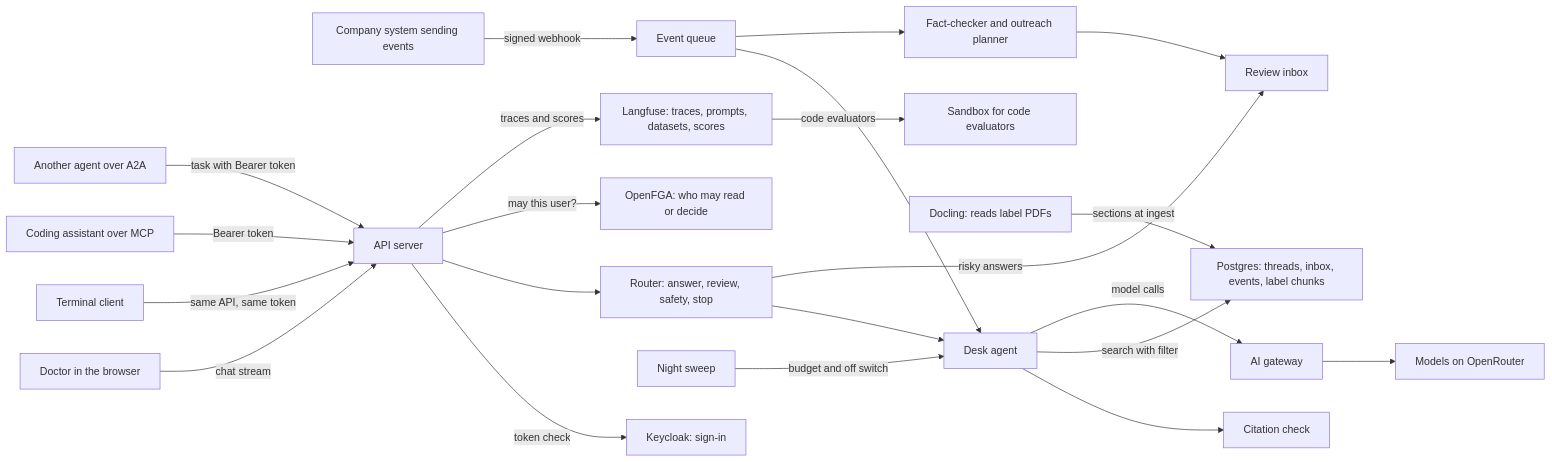
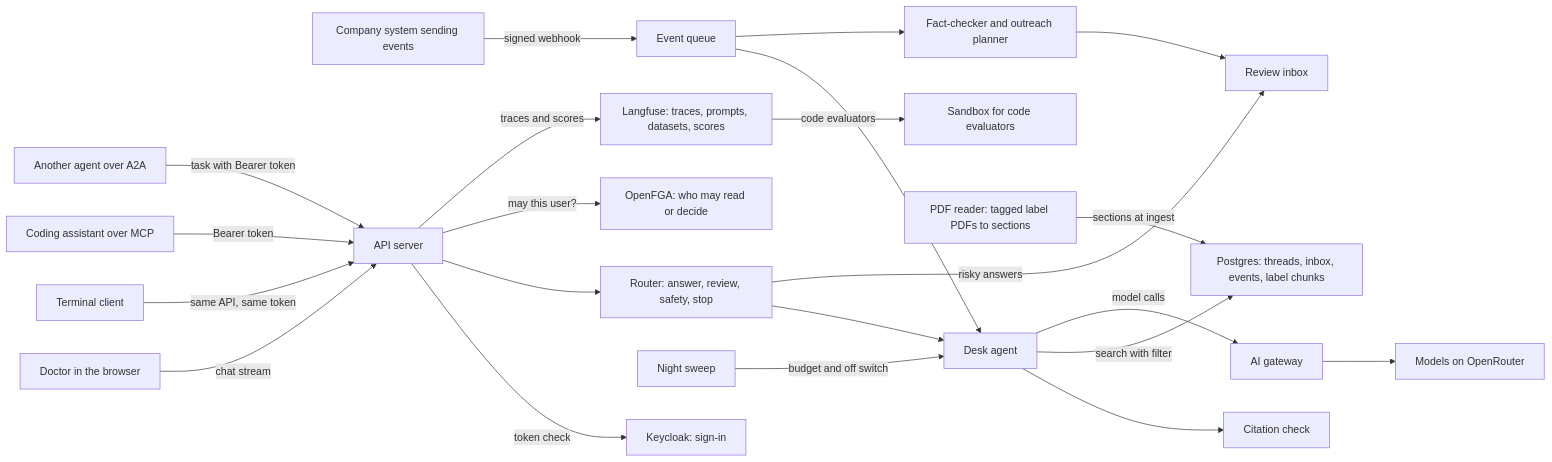
Before and after one commit to learnwithparam/agentic-ai-buildcamp: the second of 3 diagrams in docs/walkthrough.md, drawn with Mermaid. The commit also changed other lines of this file and 89 other files, not shown here.

First line of the commit message:
Rebuild search: tagged-PDF reader, hybrid BM25 and vectors, graded rerank

````diff
--- a/docs/walkthrough.md
+++ b/docs/walkthrough.md
@@ -84,43 +84,43 @@
 ```mermaid
 flowchart LR
     doctor["Doctor in the browser"]
     cli["Terminal client"]
     mcp["Coding assistant over MCP"]
     caller["Another agent over A2A"]
     sender["Company system sending events"]
     api["API server"]
     idp["Keycloak: sign-in"]
     fga["OpenFGA: who may read or decide"]
     router["Router: answer, review, safety, stop"]
     agent["Desk agent"]
     cite["Citation check"]
     inbox["Review inbox"]
     content["Fact-checker and outreach planner"]
     queue["Event queue"]
     sweep["Night sweep"]
     db["Postgres: threads, inbox, events, label chunks"]
-    docling["Docling: reads label PDFs"]
+    reader["PDF reader: tagged label PDFs to sections"]
     gw["AI gateway"]
     models["Models on OpenRouter"]
     lf["Langfuse: traces, prompts, datasets, scores"]
     box["Sandbox for code evaluators"]
 
     doctor -- "chat stream" --> api
     cli -- "same API, same token" --> api
     mcp -- "Bearer token" --> api
     caller -- "task with Bearer token" --> api
     sender -- "signed webhook" --> queue
     api -- "token check" --> idp
     api --> router --> agent --> cite
     router -- "risky answers" --> inbox
     agent -- "search with filter" --> db
     api -- "may this user?" --> fga
     content --> inbox
     queue --> agent
     queue --> content
     sweep -- "budget and off switch" --> agent
-    docling -- "sections at ingest" --> db
+    reader -- "sections at ingest" --> db
     agent -- "model calls" --> gw --> models
     api -- "traces and scores" --> lf
     lf -- "code evaluators" --> box
 ```
````
